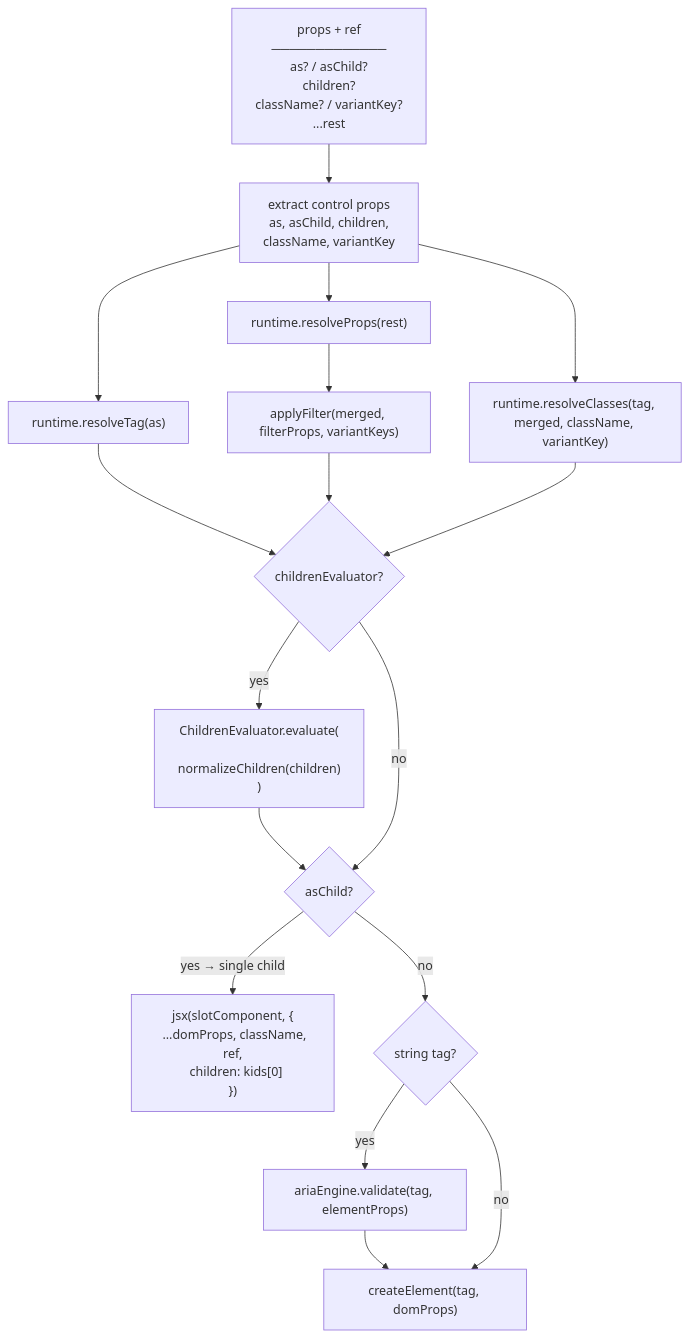
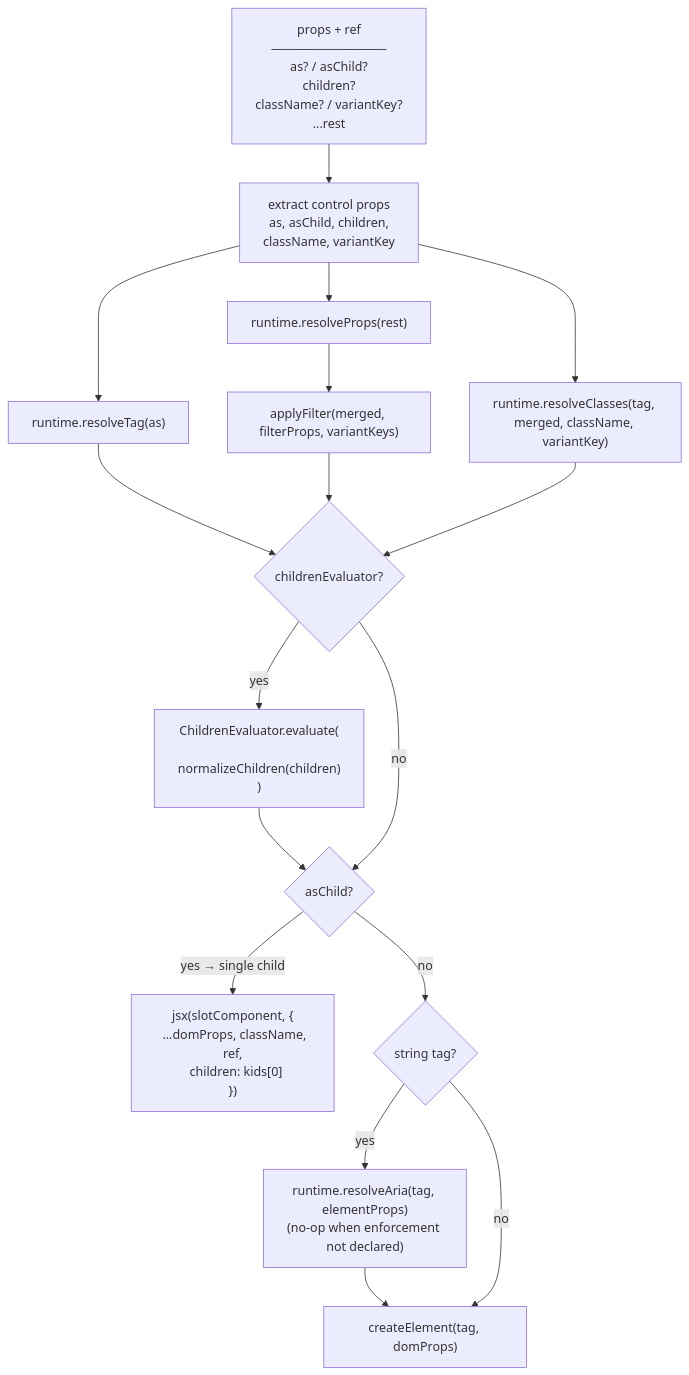
The ninth of 10 diagrams in ARCHITECTURE.md (slowebworkz/praxis-kit), drawn with Mermaid before and after one commit. The commit also changed other lines of this file and 158 other files, not shown here.

Commit message:
feat(architecture): capability-driven factory — lib/ modules, adapter-utils, ARIA engine gating

````diff
--- a/ARCHITECTURE.md
+++ b/ARCHITECTURE.md
@@ -491,45 +534,46 @@
 ```mermaid
 flowchart TD
     input["props + ref
 ─────────────
 as? / asChild?
 children?
 className? / variantKey?
 ...rest"]
 
     extract["extract control props
 as, asChild, children,
 className, variantKey"]
 
     tag["runtime.resolveTag(as)"]
     merged["runtime.resolveProps(rest)"]
     cls["runtime.resolveClasses(tag, merged, className, variantKey)"]
     filter["applyFilter(merged, filterProps, variantKeys)"]
 
     childEval{"childrenEvaluator?"}
     evaluate["ChildrenEvaluator.evaluate(
   normalizeChildren(children)
 )"]
 
     asChildBranch{"asChild?"}
 
     slotRender["jsx(slotComponent, {
   ...domProps, className, ref,
   children: kids[0]
 })"]
 
     ariaGuard{"string tag?"}
-    aria["ariaEngine.validate(tag, elementProps)"]
+    aria["runtime.resolveAria(tag, elementProps)
+(no-op when enforcement not declared)"]
     normalRender["createElement(tag, domProps)"]
 
     input --> extract
     extract --> tag & merged & cls
     merged --> filter
     tag & filter & cls --> childEval
     childEval -- yes --> evaluate --> asChildBranch
     childEval -- no --> asChildBranch
     asChildBranch -- yes → single child --> slotRender
     asChildBranch -- no --> ariaGuard
     ariaGuard -- yes --> aria --> normalRender
     ariaGuard -- no  --> normalRender
 ```
````
